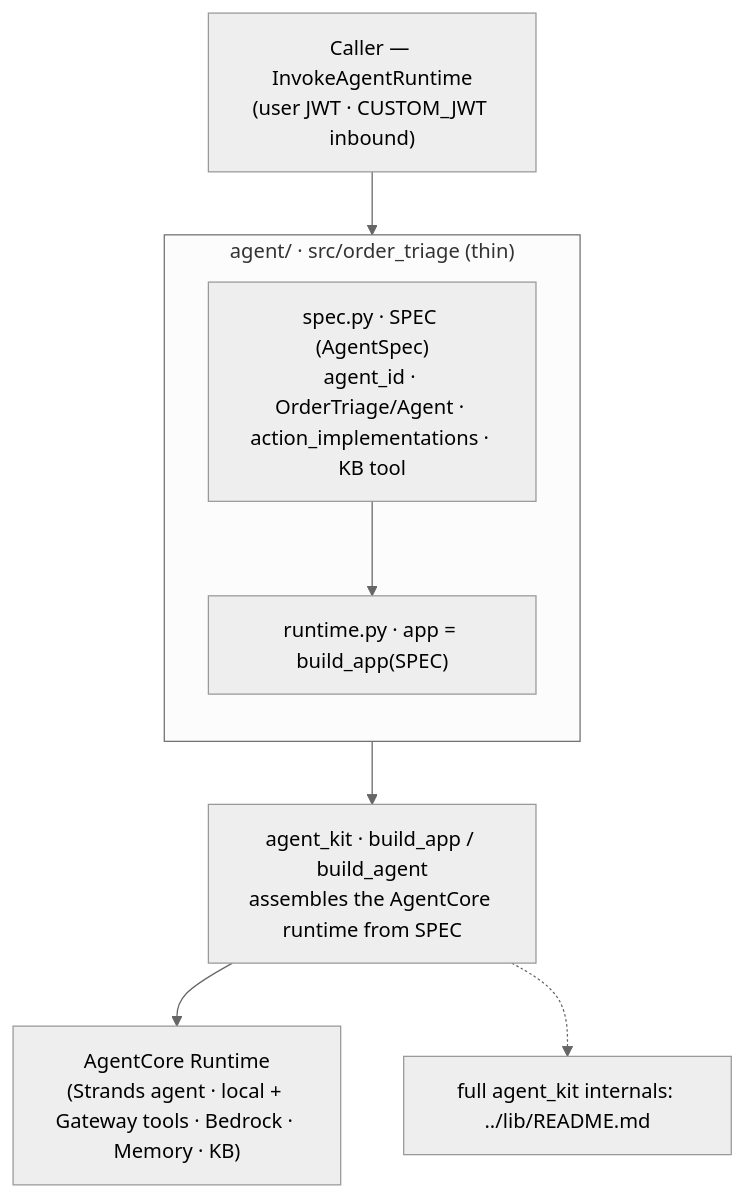
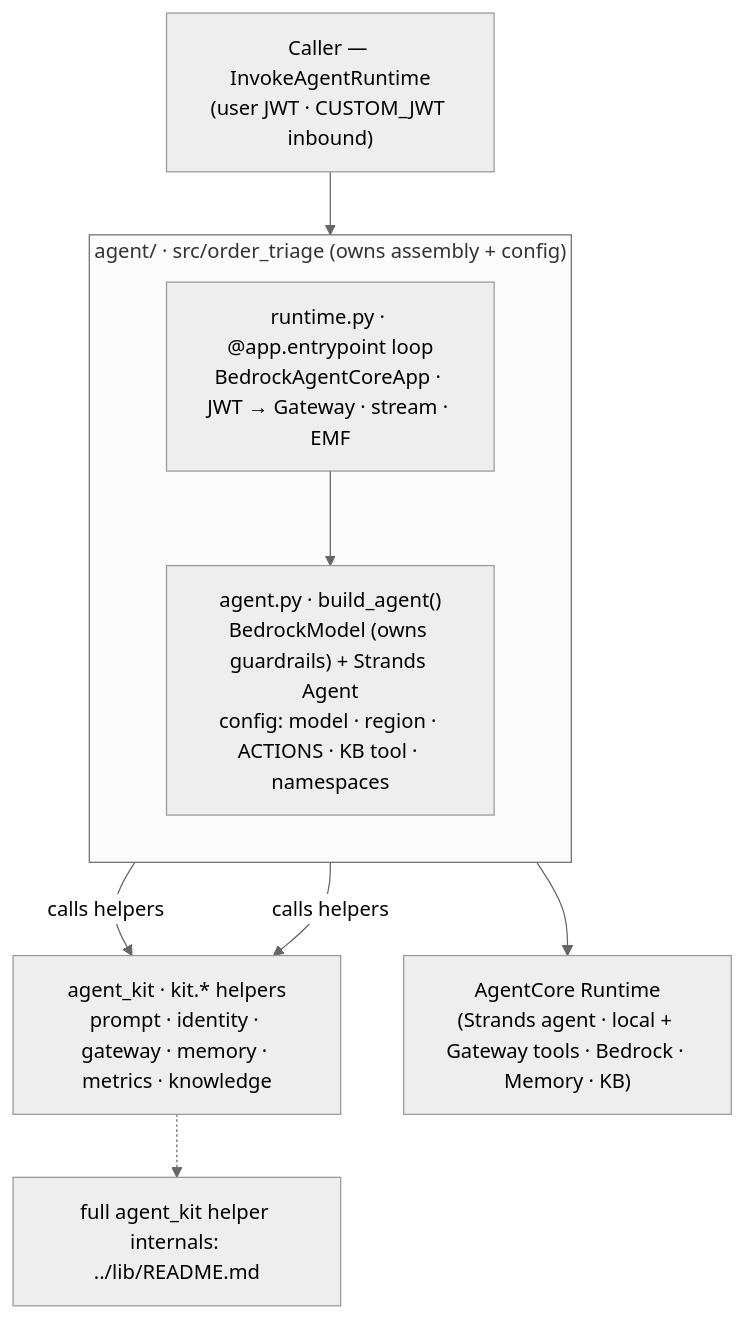
Before and after one commit to aniryou/bedrock-demo: the first of 4 diagrams in agent/README.md, drawn with Mermaid (neutral theme). The commit also changed other lines of this file and 39 other files, not shown here.

````diff
--- a/agent/README.md
+++ b/agent/README.md
@@ -117,21 +121,22 @@
 ```mermaid
 flowchart TB
     caller["Caller — InvokeAgentRuntime<br/>(user JWT · CUSTOM_JWT inbound)"]
 
-    subgraph agentpkg["agent/ · src/order_triage (thin)"]
+    subgraph agentpkg["agent/ · src/order_triage (owns assembly + config)"]
         direction TB
-        spec["spec.py · SPEC (AgentSpec)<br/>agent_id · OrderTriage/Agent · action_implementations · KB tool"]
-        rt["runtime.py · app = build_app(SPEC)"]
-        spec --> rt
+        rt["runtime.py · @app.entrypoint loop<br/>BedrockAgentCoreApp · JWT → Gateway · stream · EMF"]
+        ba["agent.py · build_agent()<br/>BedrockModel (owns guardrails) + Strands Agent<br/>config: model · region · ACTIONS · KB tool · namespaces"]
+        rt --> ba
     end
 
-    kit["agent_kit · build_app / build_agent<br/>assembles the AgentCore runtime from SPEC"]
+    kit["agent_kit · kit.* helpers<br/>prompt · identity · gateway · memory · metrics · knowledge"]
     runtime["AgentCore Runtime<br/>(Strands agent · local + Gateway tools · Bedrock · Memory · KB)"]
 
     caller --> rt
-    rt --> kit
-    kit --> runtime
+    rt -->|calls helpers| kit
+    ba -->|calls helpers| kit
+    ba --> runtime
 
-    note["full agent_kit internals: ../lib/README.md"]
+    note["full agent_kit helper internals: ../lib/README.md"]
     kit -.-> note
 ```
````
